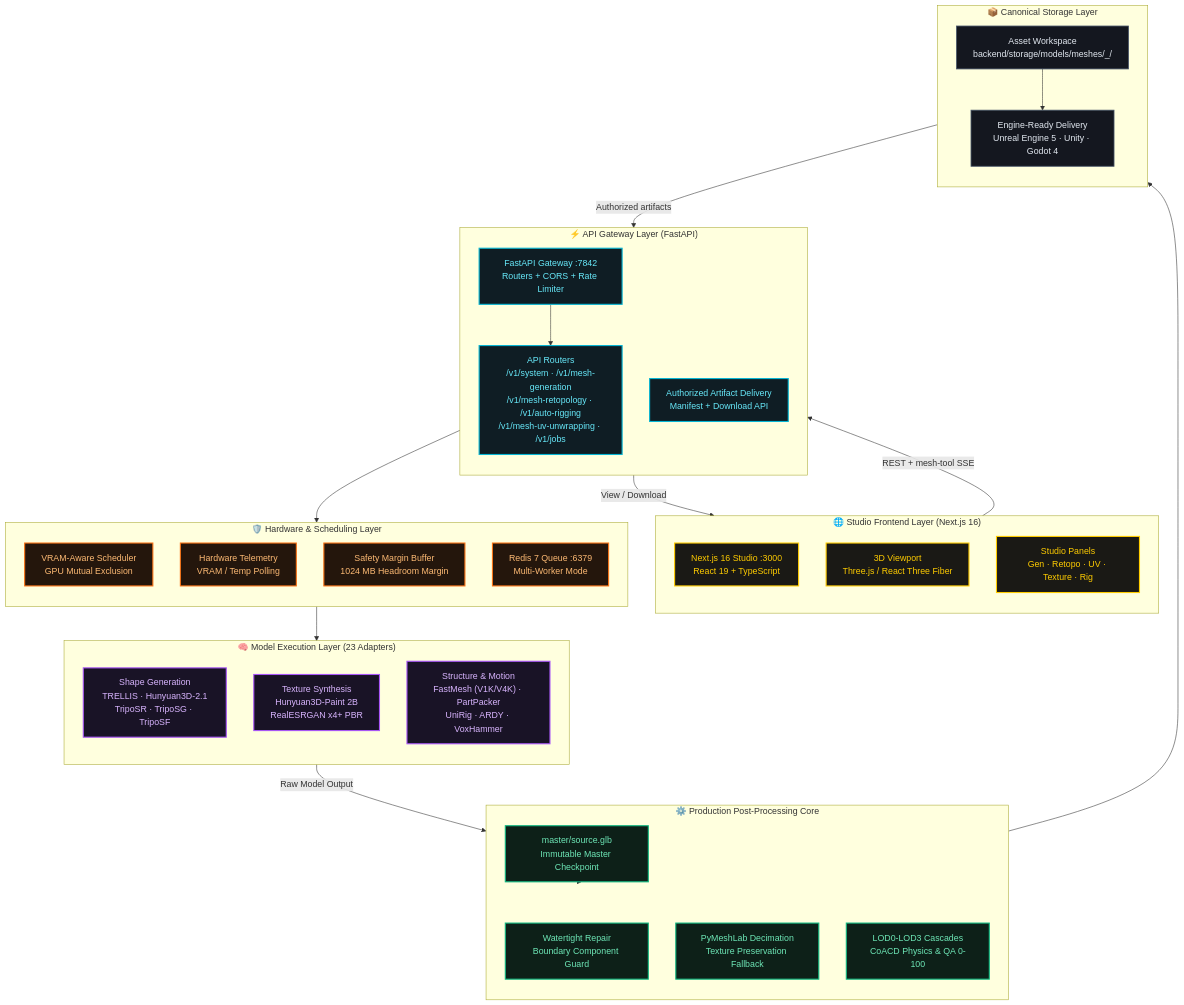
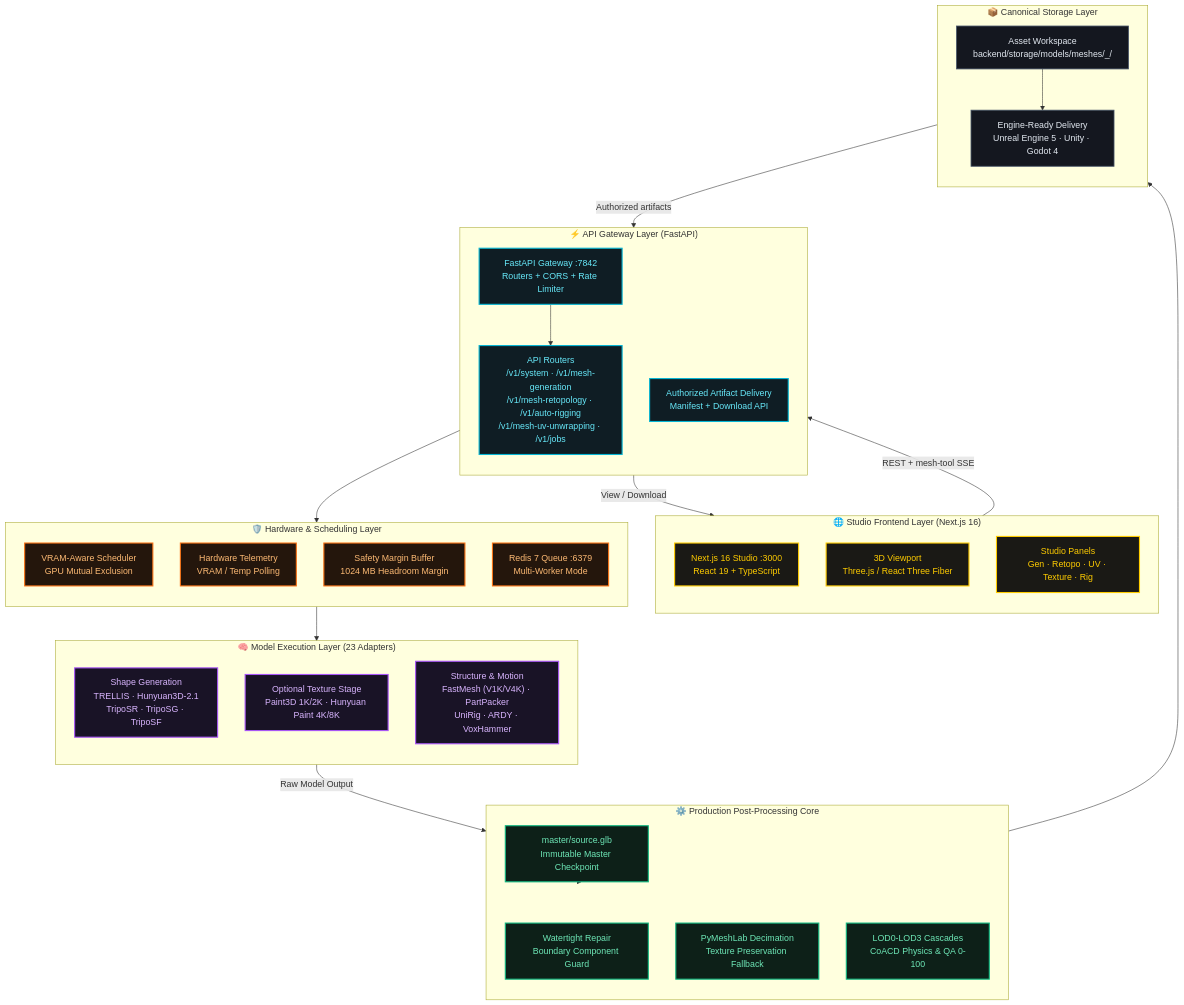
One commit to Silentzx2/ForMash3D changed the first of 4 diagrams in Docs/ARCHITECTURE.md. Above: the diagram before and after it, drawn with Mermaid. The commit also changed other lines of this file and 28 other files, not shown here.

````diff
--- a/Docs/ARCHITECTURE.md
+++ b/Docs/ARCHITECTURE.md
@@ -26,64 +26,64 @@
 ```mermaid
 flowchart TB
     %% Sleek Studio Palette
     classDef gold fill:#1a1915,stroke:#ffcc00,stroke-width:2px,color:#ffcc00;
     classDef cyan fill:#0f1d24,stroke:#06b6d4,stroke-width:2px,color:#67e8f9;
     classDef purple fill:#191326,stroke:#a855f7,stroke-width:2px,color:#d8b4fe;
     classDef green fill:#0d2018,stroke:#10b981,stroke-width:2px,color:#6ee7b7;
     classDef orange fill:#24160c,stroke:#f97316,stroke-width:2px,color:#fdba74;
     classDef slate fill:#14171f,stroke:#475569,stroke-width:1.5px,color:#e2e8f0;
 
     subgraph LAYER["🌐 Studio Frontend Layer (Next.js 16)"]
         direction TB
         NEXT["Next.js 16 Studio :3000<br/>React 19 + TypeScript"]:::gold
         VPORT["3D Viewport<br/>Three.js / React Three Fiber"]:::gold
         CONTROLS["Studio Panels<br/>Gen · Retopo · UV · Texture · Rig"]:::gold
     end
 
     subgraph GW["⚡ API Gateway Layer (FastAPI)"]
         direction TB
         API["FastAPI Gateway :7842<br/>Routers + CORS + Rate Limiter"]:::cyan
         ROUTERS["API Routers<br/>/v1/system · /v1/mesh-generation<br/>/v1/mesh-retopology · /v1/auto-rigging<br/>/v1/mesh-uv-unwrapping · /v1/jobs"]:::cyan
         STATIC["Authorized Artifact Delivery<br/>Manifest + Download API"]:::cyan
     end
 
     subgraph SCHEDULER["🛡️ Hardware & Scheduling Layer"]
         direction TB
         SCHED["VRAM-Aware Scheduler<br/>GPU Mutual Exclusion"]:::orange
         GPU_MON["Hardware Telemetry<br/>VRAM / Temp Polling"]:::orange
         VRAM_BUF["Safety Margin Buffer<br/>1024 MB Headroom Margin"]:::orange
         REDIS["Redis 7 Queue :6379<br/>Multi-Worker Mode"]:::orange
     end
 
     subgraph CORE["🧠 Model Execution Layer (23 Adapters)"]
         direction TB
         SHAPE["Shape Generation<br/>TRELLIS · Hunyuan3D-2.1<br/>TripoSR · TripoSG · TripoSF"]:::purple
-        PAINT["Texture Synthesis<br/>Hunyuan3D-Paint 2B<br/>RealESRGAN x4+ PBR"]:::purple
+        PAINT["Optional Texture Stage<br/>Paint3D 1K/2K · Hunyuan Paint 4K/8K"]:::purple
         STRUCT["Structure & Motion<br/>FastMesh (V1K/V4K) · PartPacker<br/>UniRig · ARDY · VoxHammer"]:::purple
     end
 
     subgraph POST["⚙️ Production Post-Processing Core"]
         direction TB
         SRC_CHECK["master/source.glb<br/>Immutable Master Checkpoint"]:::green
         REPAIR["Watertight Repair<br/>Boundary Component Guard"]:::green
         SIMPLIFY["PyMeshLab Decimation<br/>Texture Preservation Fallback"]:::green
         FINISH["LOD0-LOD3 Cascades<br/>CoACD Physics & QA 0-100"]:::green
     end
 
     subgraph DATA["📦 Canonical Storage Layer"]
         direction TB
         LOCAL["Asset Workspace<br/>backend/storage/models/meshes/<asset>_<job_id>/"]:::slate
         ZIP["Engine-Ready Delivery<br/>Unreal Engine 5 · Unity · Godot 4"]:::slate
     end
 
     LAYER -->|"REST + mesh-tool SSE"| GW
     API --> ROUTERS
     ROUTERS --> SCHEDULER
     SCHEDULER --> CORE
     CORE -->|"Raw Model Output"| SRC_CHECK
     SRC_CHECK --> POST
     POST --> LOCAL
     LOCAL --> ZIP
     LOCAL -->|"Authorized artifacts"| STATIC
     STATIC -->|"View / Download"| VPORT
 ```
````
